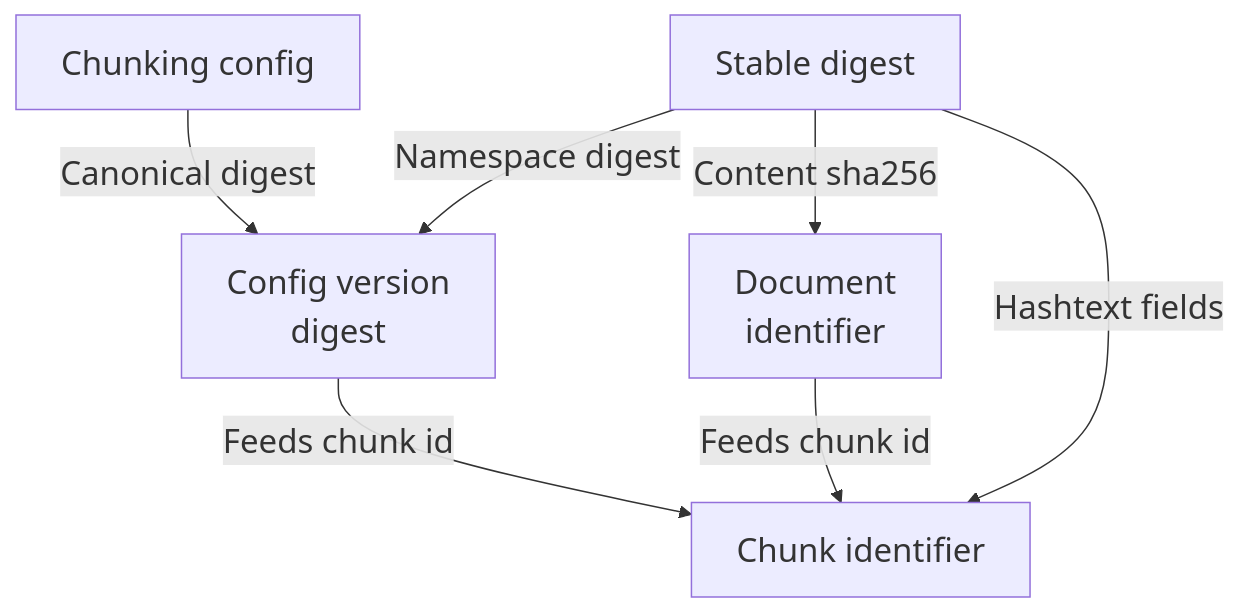
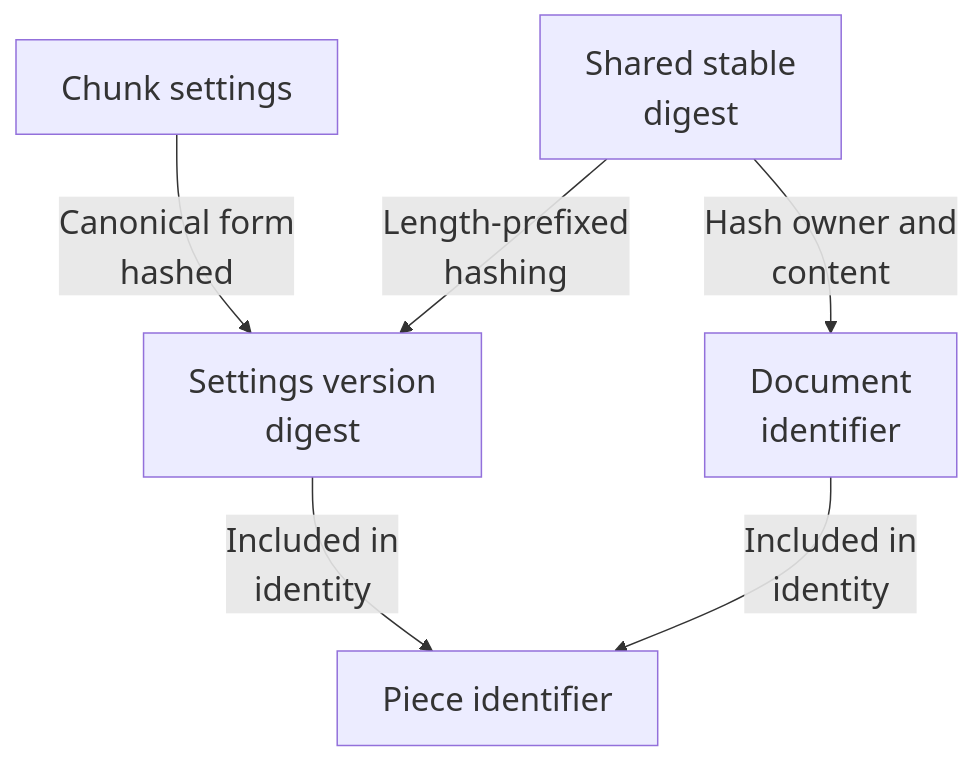
One commit to Justin-Mendoza/Afterclass changed the diagram in maps/ingestion/diagram-04.mmd. Above: the diagram before and after it, drawn with Mermaid. The commit also changed 91 other files, not shown here.

```diff
--- a/maps/ingestion/diagram-04.mmd
+++ b/maps/ingestion/diagram-04.mmd
@@ -1,13 +1,12 @@
 %%{init: {"themeVariables": {"fontSize": "22px"}}}%%
 flowchart TD
-  n0["Chunking config"]
-  n1["Config version<br/>digest"]
-  n2["Chunk identifier"]
-  n3["Document<br/>identifier"]
-  n4["Stable digest"]
-  n0 -->|"Canonical digest"| n1
-  n4 -->|"Namespace digest"| n1
-  n1 -->|"Feeds chunk id"| n2
-  n3 -->|"Feeds chunk id"| n2
-  n4 -->|"Hashtext fields"| n2
-  n4 -->|"Content sha256"| n3
+  n0["Chunk settings"]
+  n1["Settings version<br/>digest"]
+  n2["Document<br/>identifier"]
+  n3["Shared stable<br/>digest"]
+  n4["Piece identifier"]
+  n0 -->|"Canonical form<br/>hashed"| n1
+  n3 -->|"Length-prefixed<br/>hashing"| n1
+  n3 -->|"Hash owner and<br/>content"| n2
+  n1 -->|"Included in<br/>identity"| n4
+  n2 -->|"Included in<br/>identity"| n4
```
